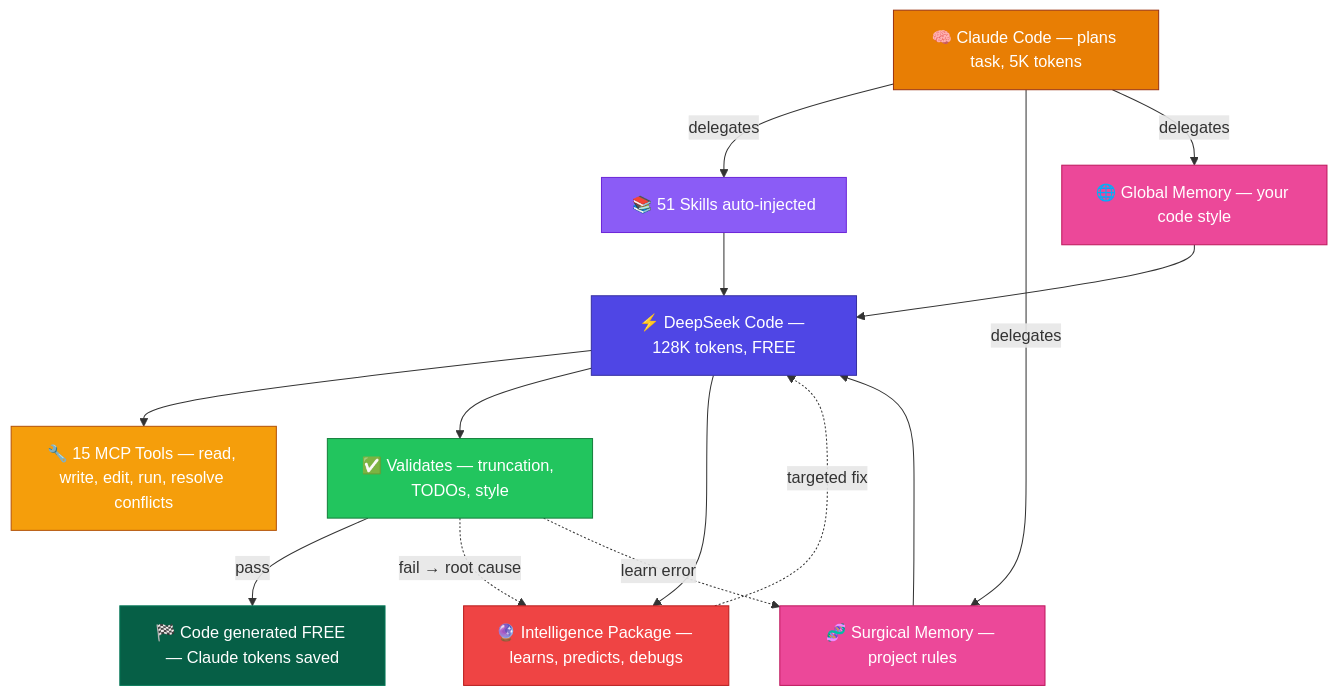
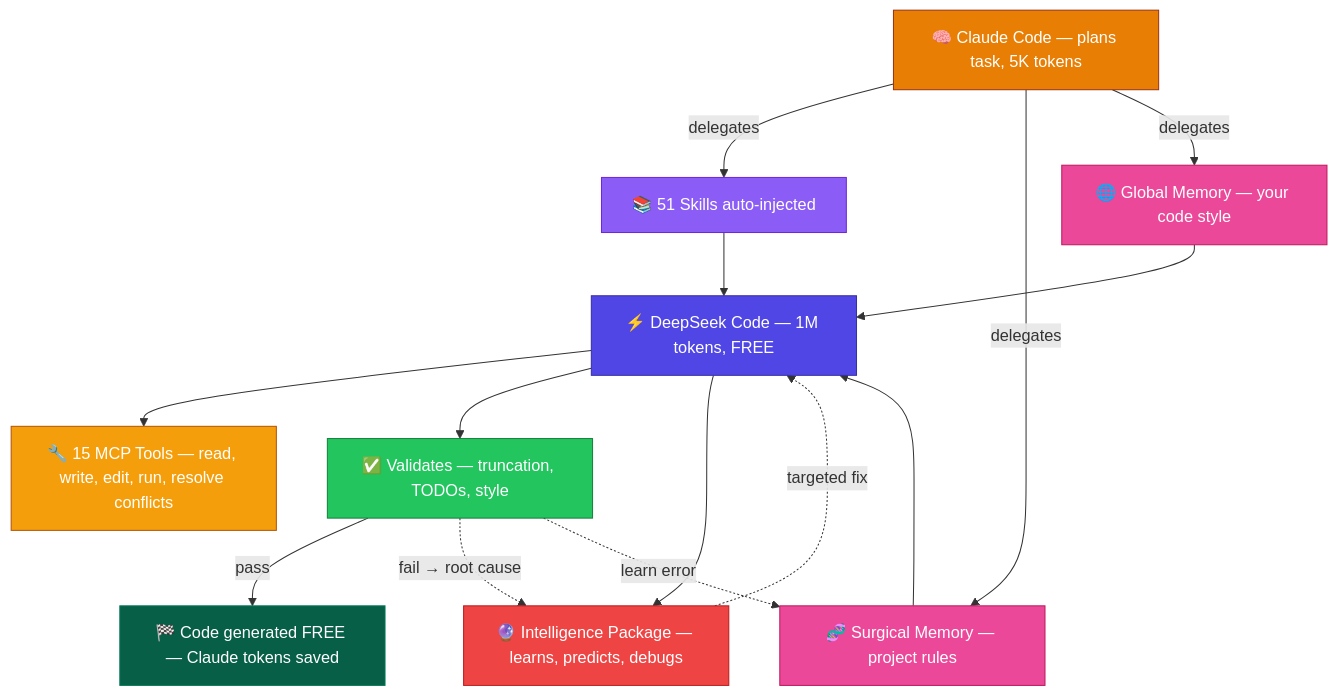
The first of 6 diagrams in README.md (Galidar/DeepSeekCode), drawn with Mermaid before and after one commit. The commit also changed other lines of this file and 5 other files, not shown here.

````diff
--- a/README.md
+++ b/README.md
@@ -45,31 +45,31 @@
 ```mermaid
 graph TB
     CC["🧠 Claude Code — plans task, 5K tokens"]
 
     CC -->|"delegates"| SK["📚 51 Skills auto-injected"]
     CC -->|"delegates"| SM["🧬 Surgical Memory — project rules"]
     CC -->|"delegates"| GM["🌐 Global Memory — your code style"]
 
-    SK --> DS["⚡ DeepSeek Code — 128K tokens, FREE"]
+    SK --> DS["⚡ DeepSeek Code — 1M tokens, FREE"]
     SM --> DS
     GM --> DS
 
     DS --> TOOLS["🔧 15 MCP Tools — read, write, edit, run, resolve conflicts"]
     DS --> VAL["✅ Validates — truncation, TODOs, style"]
     DS --> INT["🔮 Intelligence Package — learns, predicts, debugs"]
 
     VAL -->|"pass"| RESULT["🏁 Code generated FREE — Claude tokens saved"]
     VAL -.->|"fail → root cause"| INT
     INT -.->|"targeted fix"| DS
     VAL -.->|"learn error"| SM
 
     style CC fill:#E87E04,stroke:#9A3412,color:#fff
     style SK fill:#8B5CF6,stroke:#6D28D9,color:#fff
     style SM fill:#EC4899,stroke:#BE185D,color:#fff
     style GM fill:#EC4899,stroke:#BE185D,color:#fff
     style DS fill:#4F46E5,stroke:#3730A3,color:#fff
     style TOOLS fill:#F59E0B,stroke:#B45309,color:#fff
     style VAL fill:#22C55E,stroke:#15803D,color:#fff
     style INT fill:#EF4444,stroke:#B91C1C,color:#fff
     style RESULT fill:#065F46,stroke:#047857,color:#fff
 ```
````
